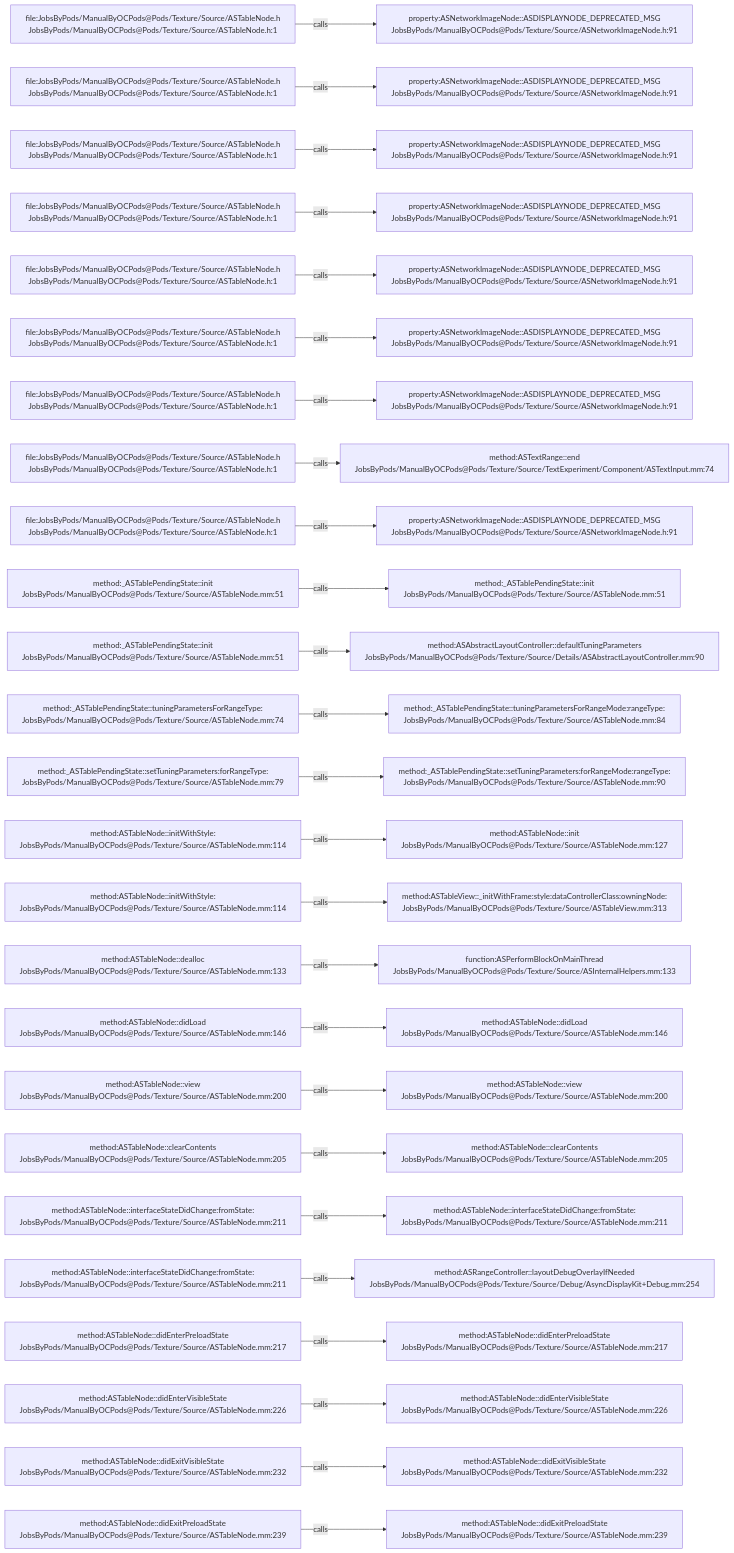
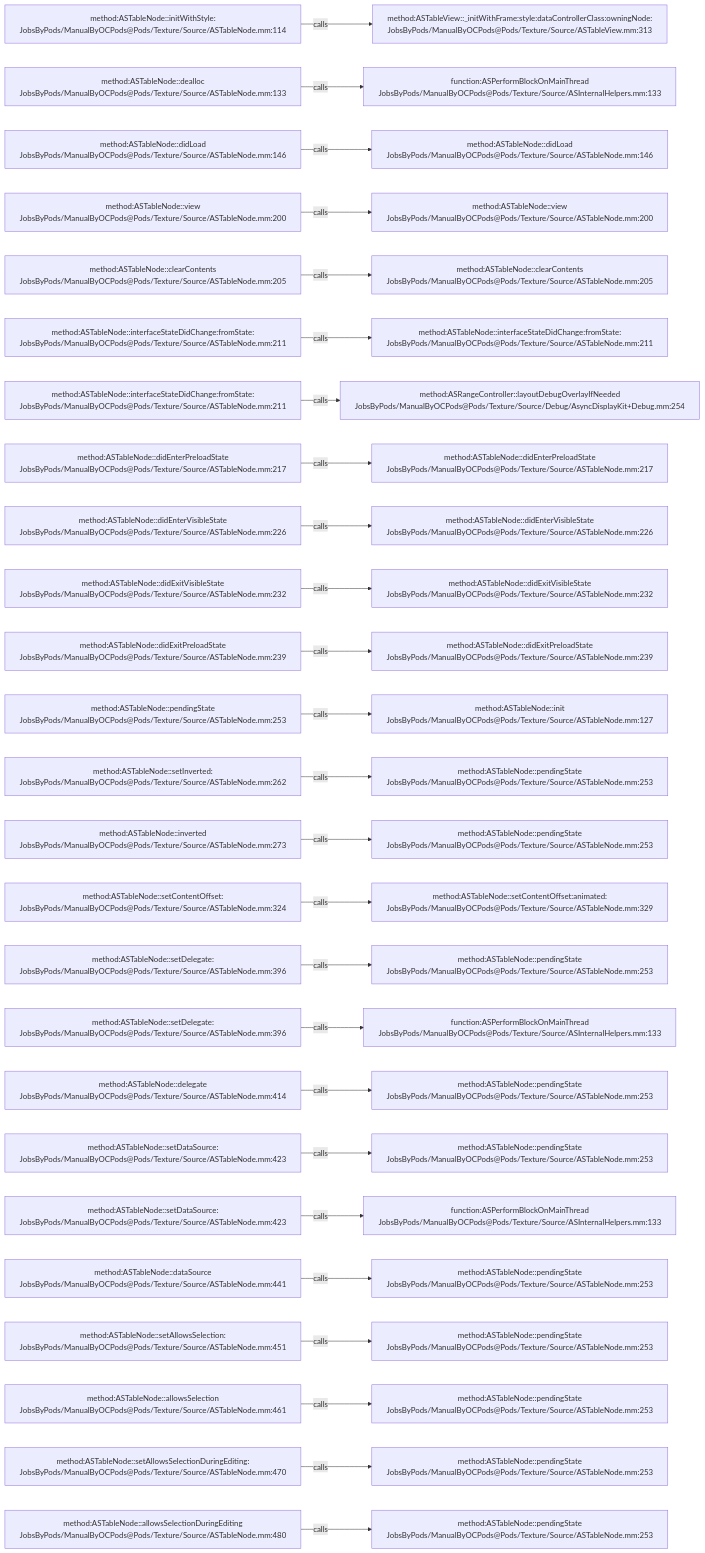
The diagram in .codegraph/codegraph.md/graphs/calls-124.md (JobsKits/JobsOCBaseConfigDemo), drawn with Mermaid before and after one commit. The commit also changed 296 other files, not shown here.

````diff
--- a/.codegraph/codegraph.md/graphs/calls-124.md
+++ b/.codegraph/codegraph.md/graphs/calls-124.md
@@ -13,78 +13,78 @@
 ```mermaid
 flowchart LR
-  S1["file:JobsByPods/ManualByOCPods@Pods/Texture/Source/ASTableNode.h<br/>JobsByPods/ManualByOCPods@Pods/Texture/Source/ASTableNode.h:1"]
-  T1["property:ASNetworkImageNode::ASDISPLAYNODE_DEPRECATED_MSG<br/>JobsByPods/ManualByOCPods@Pods/Texture/Source/ASNetworkImageNode.h:91"]
+  S1["method:ASTableNode::initWithStyle:<br/>JobsByPods/ManualByOCPods@Pods/Texture/Source/ASTableNode.mm:114"]
+  T1["method:ASTableView::_initWithFrame:style:dataControllerClass:owningNode:<br/>JobsByPods/ManualByOCPods@Pods/Texture/Source/ASTableView.mm:313"]
   S1 -->|calls| T1
-  S2["file:JobsByPods/ManualByOCPods@Pods/Texture/Source/ASTableNode.h<br/>JobsByPods/ManualByOCPods@Pods/Texture/Source/ASTableNode.h:1"]
-  T2["property:ASNetworkImageNode::ASDISPLAYNODE_DEPRECATED_MSG<br/>JobsByPods/ManualByOCPods@Pods/Texture/Source/ASNetworkImageNode.h:91"]
+  S2["method:ASTableNode::dealloc<br/>JobsByPods/ManualByOCPods@Pods/Texture/Source/ASTableNode.mm:133"]
+  T2["function:ASPerformBlockOnMainThread<br/>JobsByPods/ManualByOCPods@Pods/Texture/Source/ASInternalHelpers.mm:133"]
   S2 -->|calls| T2
-  S3["file:JobsByPods/ManualByOCPods@Pods/Texture/Source/ASTableNode.h<br/>JobsByPods/ManualByOCPods@Pods/Texture/Source/ASTableNode.h:1"]
-  T3["property:ASNetworkImageNode::ASDISPLAYNODE_DEPRECATED_MSG<br/>JobsByPods/ManualByOCPods@Pods/Texture/Source/ASNetworkImageNode.h:91"]
+  S3["method:ASTableNode::didLoad<br/>JobsByPods/ManualByOCPods@Pods/Texture/Source/ASTableNode.mm:146"]
+  T3["method:ASTableNode::didLoad<br/>JobsByPods/ManualByOCPods@Pods/Texture/Source/ASTableNode.mm:146"]
   S3 -->|calls| T3
-  S4["file:JobsByPods/ManualByOCPods@Pods/Texture/Source/ASTableNode.h<br/>JobsByPods/ManualByOCPods@Pods/Texture/Source/ASTableNode.h:1"]
-  T4["property:ASNetworkImageNode::ASDISPLAYNODE_DEPRECATED_MSG<br/>JobsByPods/ManualByOCPods@Pods/Texture/Source/ASNetworkImageNode.h:91"]
+  S4["method:ASTableNode::view<br/>JobsByPods/ManualByOCPods@Pods/Texture/Source/ASTableNode.mm:200"]
+  T4["method:ASTableNode::view<br/>JobsByPods/ManualByOCPods@Pods/Texture/Source/ASTableNode.mm:200"]
   S4 -->|calls| T4
-  S5["file:JobsByPods/ManualByOCPods@Pods/Texture/Source/ASTableNode.h<br/>JobsByPods/ManualByOCPods@Pods/Texture/Source/ASTableNode.h:1"]
-  T5["property:ASNetworkImageNode::ASDISPLAYNODE_DEPRECATED_MSG<br/>JobsByPods/ManualByOCPods@Pods/Texture/Source/ASNetworkImageNode.h:91"]
+  S5["method:ASTableNode::clearContents<br/>JobsByPods/ManualByOCPods@Pods/Texture/Source/ASTableNode.mm:205"]
+  T5["method:ASTableNode::clearContents<br/>JobsByPods/ManualByOCPods@Pods/Texture/Source/ASTableNode.mm:205"]
   S5 -->|calls| T5
-  S6["file:JobsByPods/ManualByOCPods@Pods/Texture/Source/ASTableNode.h<br/>JobsByPods/ManualByOCPods@Pods/Texture/Source/ASTableNode.h:1"]
-  T6["property:ASNetworkImageNode::ASDISPLAYNODE_DEPRECATED_MSG<br/>JobsByPods/ManualByOCPods@Pods/Texture/Source/ASNetworkImageNode.h:91"]
+  S6["method:ASTableNode::interfaceStateDidChange:fromState:<br/>JobsByPods/ManualByOCPods@Pods/Texture/Source/ASTableNode.mm:211"]
+  T6["method:ASTableNode::interfaceStateDidChange:fromState:<br/>JobsByPods/ManualByOCPods@Pods/Texture/Source/ASTableNode.mm:211"]
   S6 -->|calls| T6
-  S7["file:JobsByPods/ManualByOCPods@Pods/Texture/Source/ASTableNode.h<br/>JobsByPods/ManualByOCPods@Pods/Texture/Source/ASTableNode.h:1"]
-  T7["property:ASNetworkImageNode::ASDISPLAYNODE_DEPRECATED_MSG<br/>JobsByPods/ManualByOCPods@Pods/Texture/Source/ASNetworkImageNode.h:91"]
+  S7["method:ASTableNode::interfaceStateDidChange:fromState:<br/>JobsByPods/ManualByOCPods@Pods/Texture/Source/ASTableNode.mm:211"]
+  T7["method:ASRangeController::layoutDebugOverlayIfNeeded<br/>JobsByPods/ManualByOCPods@Pods/Texture/Source/Debug/AsyncDisplayKit+Debug.mm:254"]
   S7 -->|calls| T7
-  S8["file:JobsByPods/ManualByOCPods@Pods/Texture/Source/ASTableNode.h<br/>JobsByPods/ManualByOCPods@Pods/Texture/Source/ASTableNode.h:1"]
-  T8["method:ASTextRange::end<br/>JobsByPods/ManualByOCPods@Pods/Texture/Source/TextExperiment/Component/ASTextInput.mm:74"]
+  S8["method:ASTableNode::didEnterPreloadState<br/>JobsByPods/ManualByOCPods@Pods/Texture/Source/ASTableNode.mm:217"]
+  T8["method:ASTableNode::didEnterPreloadState<br/>JobsByPods/ManualByOCPods@Pods/Texture/Source/ASTableNode.mm:217"]
   S8 -->|calls| T8
-  S9["file:JobsByPods/ManualByOCPods@Pods/Texture/Source/ASTableNode.h<br/>JobsByPods/ManualByOCPods@Pods/Texture/Source/ASTableNode.h:1"]
-  T9["property:ASNetworkImageNode::ASDISPLAYNODE_DEPRECATED_MSG<br/>JobsByPods/ManualByOCPods@Pods/Texture/Source/ASNetworkImageNode.h:91"]
+  S9["method:ASTableNode::didEnterVisibleState<br/>JobsByPods/ManualByOCPods@Pods/Texture/Source/ASTableNode.mm:226"]
+  T9["method:ASTableNode::didEnterVisibleState<br/>JobsByPods/ManualByOCPods@Pods/Texture/Source/ASTableNode.mm:226"]
   S9 -->|calls| T9
-  S10["method:_ASTablePendingState::init<br/>JobsByPods/ManualByOCPods@Pods/Texture/Source/ASTableNode.mm:51"]
-  T10["method:_ASTablePendingState::init<br/>JobsByPods/ManualByOCPods@Pods/Texture/Source/ASTableNode.mm:51"]
+  S10["method:ASTableNode::didExitVisibleState<br/>JobsByPods/ManualByOCPods@Pods/Texture/Source/ASTableNode.mm:232"]
+  T10["method:ASTableNode::didExitVisibleState<br/>JobsByPods/ManualByOCPods@Pods/Texture/Source/ASTableNode.mm:232"]
   S10 -->|calls| T10
-  S11["method:_ASTablePendingState::init<br/>JobsByPods/ManualByOCPods@Pods/Texture/Source/ASTableNode.mm:51"]
-  T11["method:ASAbstractLayoutController::defaultTuningParameters<br/>JobsByPods/ManualByOCPods@Pods/Texture/Source/Details/ASAbstractLayoutController.mm:90"]
+  S11["method:ASTableNode::didExitPreloadState<br/>JobsByPods/ManualByOCPods@Pods/Texture/Source/ASTableNode.mm:239"]
+  T11["method:ASTableNode::didExitPreloadState<br/>JobsByPods/ManualByOCPods@Pods/Texture/Source/ASTableNode.mm:239"]
   S11 -->|calls| T11
-  S12["method:_ASTablePendingState::tuningParametersForRangeType:<br/>JobsByPods/ManualByOCPods@Pods/Texture/Source/ASTableNode.mm:74"]
-  T12["method:_ASTablePendingState::tuningParametersForRangeMode:rangeType:<br/>JobsByPods/ManualByOCPods@Pods/Texture/Source/ASTableNode.mm:84"]
+  S12["method:ASTableNode::pendingState<br/>JobsByPods/ManualByOCPods@Pods/Texture/Source/ASTableNode.mm:253"]
+  T12["method:ASTableNode::init<br/>JobsByPods/ManualByOCPods@Pods/Texture/Source/ASTableNode.mm:127"]
   S12 -->|calls| T12
-  S13["method:_ASTablePendingState::setTuningParameters:forRangeType:<br/>JobsByPods/ManualByOCPods@Pods/Texture/Source/ASTableNode.mm:79"]
-  T13["method:_ASTablePendingState::setTuningParameters:forRangeMode:rangeType:<br/>JobsByPods/ManualByOCPods@Pods/Texture/Source/ASTableNode.mm:90"]
+  S13["method:ASTableNode::setInverted:<br/>JobsByPods/ManualByOCPods@Pods/Texture/Source/ASTableNode.mm:262"]
+  T13["method:ASTableNode::pendingState<br/>JobsByPods/ManualByOCPods@Pods/Texture/Source/ASTableNode.mm:253"]
   S13 -->|calls| T13
-  S14["method:ASTableNode::initWithStyle:<br/>JobsByPods/ManualByOCPods@Pods/Texture/Source/ASTableNode.mm:114"]
-  T14["method:ASTableNode::init<br/>JobsByPods/ManualByOCPods@Pods/Texture/Source/ASTableNode.mm:127"]
+  S14["method:ASTableNode::inverted<br/>JobsByPods/ManualByOCPods@Pods/Texture/Source/ASTableNode.mm:273"]
+  T14["method:ASTableNode::pendingState<br/>JobsByPods/ManualByOCPods@Pods/Texture/Source/ASTableNode.mm:253"]
   S14 -->|calls| T14
-  S15["method:ASTableNode::initWithStyle:<br/>JobsByPods/ManualByOCPods@Pods/Texture/Source/ASTableNode.mm:114"]
-  T15["method:ASTableView::_initWithFrame:style:dataControllerClass:owningNode:<br/>JobsByPods/ManualByOCPods@Pods/Texture/Source/ASTableView.mm:313"]
+  S15["method:ASTableNode::setContentOffset:<br/>JobsByPods/ManualByOCPods@Pods/Texture/Source/ASTableNode.mm:324"]
+  T15["method:ASTableNode::setContentOffset:animated:<br/>JobsByPods/ManualByOCPods@Pods/Texture/Source/ASTableNode.mm:329"]
   S15 -->|calls| T15
-  S16["method:ASTableNode::dealloc<br/>JobsByPods/ManualByOCPods@Pods/Texture/Source/ASTableNode.mm:133"]
-  T16["function:ASPerformBlockOnMainThread<br/>JobsByPods/ManualByOCPods@Pods/Texture/Source/ASInternalHelpers.mm:133"]
+  S16["method:ASTableNode::setDelegate:<br/>JobsByPods/ManualByOCPods@Pods/Texture/Source/ASTableNode.mm:396"]
+  T16["method:ASTableNode::pendingState<br/>JobsByPods/ManualByOCPods@Pods/Texture/Source/ASTableNode.mm:253"]
   S16 -->|calls| T16
-  S17["method:ASTableNode::didLoad<br/>JobsByPods/ManualByOCPods@Pods/Texture/Source/ASTableNode.mm:146"]
-  T17["method:ASTableNode::didLoad<br/>JobsByPods/ManualByOCPods@Pods/Texture/Source/ASTableNode.mm:146"]
+  S17["method:ASTableNode::setDelegate:<br/>JobsByPods/ManualByOCPods@Pods/Texture/Source/ASTableNode.mm:396"]
+  T17["function:ASPerformBlockOnMainThread<br/>JobsByPods/ManualByOCPods@Pods/Texture/Source/ASInternalHelpers.mm:133"]
   S17 -->|calls| T17
-  S18["method:ASTableNode::view<br/>JobsByPods/ManualByOCPods@Pods/Texture/Source/ASTableNode.mm:200"]
-  T18["method:ASTableNode::view<br/>JobsByPods/ManualByOCPods@Pods/Texture/Source/ASTableNode.mm:200"]
+  S18["method:ASTableNode::delegate<br/>JobsByPods/ManualByOCPods@Pods/Texture/Source/ASTableNode.mm:414"]
+  T18["method:ASTableNode::pendingState<br/>JobsByPods/ManualByOCPods@Pods/Texture/Source/ASTableNode.mm:253"]
   S18 -->|calls| T18
-  S19["method:ASTableNode::clearContents<br/>JobsByPods/ManualByOCPods@Pods/Texture/Source/ASTableNode.mm:205"]
-  T19["method:ASTableNode::clearContents<br/>JobsByPods/ManualByOCPods@Pods/Texture/Source/ASTableNode.mm:205"]
+  S19["method:ASTableNode::setDataSource:<br/>JobsByPods/ManualByOCPods@Pods/Texture/Source/ASTableNode.mm:423"]
+  T19["method:ASTableNode::pendingState<br/>JobsByPods/ManualByOCPods@Pods/Texture/Source/ASTableNode.mm:253"]
   S19 -->|calls| T19
-  S20["method:ASTableNode::interfaceStateDidChange:fromState:<br/>JobsByPods/ManualByOCPods@Pods/Texture/Source/ASTableNode.mm:211"]
-  T20["method:ASTableNode::interfaceStateDidChange:fromState:<br/>JobsByPods/ManualByOCPods@Pods/Texture/Source/ASTableNode.mm:211"]
+  S20["method:ASTableNode::setDataSource:<br/>JobsByPods/ManualByOCPods@Pods/Texture/Source/ASTableNode.mm:423"]
+  T20["function:ASPerformBlockOnMainThread<br/>JobsByPods/ManualByOCPods@Pods/Texture/Source/ASInternalHelpers.mm:133"]
   S20 -->|calls| T20
-  S21["method:ASTableNode::interfaceStateDidChange:fromState:<br/>JobsByPods/ManualByOCPods@Pods/Texture/Source/ASTableNode.mm:211"]
-  T21["method:ASRangeController::layoutDebugOverlayIfNeeded<br/>JobsByPods/ManualByOCPods@Pods/Texture/Source/Debug/AsyncDisplayKit+Debug.mm:254"]
+  S21["method:ASTableNode::dataSource<br/>JobsByPods/ManualByOCPods@Pods/Texture/Source/ASTableNode.mm:441"]
+  T21["method:ASTableNode::pendingState<br/>JobsByPods/ManualByOCPods@Pods/Texture/Source/ASTableNode.mm:253"]
   S21 -->|calls| T21
-  S22["method:ASTableNode::didEnterPreloadState<br/>JobsByPods/ManualByOCPods@Pods/Texture/Source/ASTableNode.mm:217"]
-  T22["method:ASTableNode::didEnterPreloadState<br/>JobsByPods/ManualByOCPods@Pods/Texture/Source/ASTableNode.mm:217"]
+  S22["method:ASTableNode::setAllowsSelection:<br/>JobsByPods/ManualByOCPods@Pods/Texture/Source/ASTableNode.mm:451"]
+  T22["method:ASTableNode::pendingState<br/>JobsByPods/ManualByOCPods@Pods/Texture/Source/ASTableNode.mm:253"]
   S22 -->|calls| T22
-  S23["method:ASTableNode::didEnterVisibleState<br/>JobsByPods/ManualByOCPods@Pods/Texture/Source/ASTableNode.mm:226"]
-  T23["method:ASTableNode::didEnterVisibleState<br/>JobsByPods/ManualByOCPods@Pods/Texture/Source/ASTableNode.mm:226"]
+  S23["method:ASTableNode::allowsSelection<br/>JobsByPods/ManualByOCPods@Pods/Texture/Source/ASTableNode.mm:461"]
+  T23["method:ASTableNode::pendingState<br/>JobsByPods/ManualByOCPods@Pods/Texture/Source/ASTableNode.mm:253"]
   S23 -->|calls| T23
-  S24["method:ASTableNode::didExitVisibleState<br/>JobsByPods/ManualByOCPods@Pods/Texture/Source/ASTableNode.mm:232"]
-  T24["method:ASTableNode::didExitVisibleState<br/>JobsByPods/ManualByOCPods@Pods/Texture/Source/ASTableNode.mm:232"]
+  S24["method:ASTableNode::setAllowsSelectionDuringEditing:<br/>JobsByPods/ManualByOCPods@Pods/Texture/Source/ASTableNode.mm:470"]
+  T24["method:ASTableNode::pendingState<br/>JobsByPods/ManualByOCPods@Pods/Texture/Source/ASTableNode.mm:253"]
   S24 -->|calls| T24
-  S25["method:ASTableNode::didExitPreloadState<br/>JobsByPods/ManualByOCPods@Pods/Texture/Source/ASTableNode.mm:239"]
-  T25["method:ASTableNode::didExitPreloadState<br/>JobsByPods/ManualByOCPods@Pods/Texture/Source/ASTableNode.mm:239"]
+  S25["method:ASTableNode::allowsSelectionDuringEditing<br/>JobsByPods/ManualByOCPods@Pods/Texture/Source/ASTableNode.mm:480"]
+  T25["method:ASTableNode::pendingState<br/>JobsByPods/ManualByOCPods@Pods/Texture/Source/ASTableNode.mm:253"]
   S25 -->|calls| T25
 ```
````
